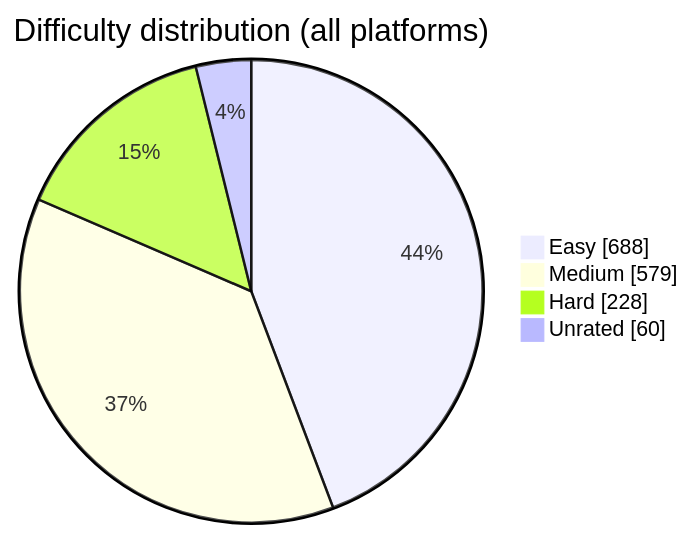
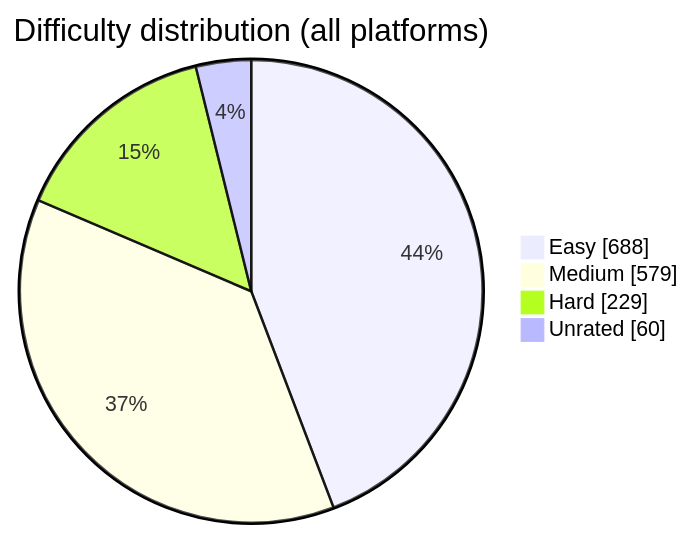
The diagram in README.md (BuildbyArindam/Daily-Coding-Log), drawn with Mermaid before and after one commit. The commit also changed other lines of this file, not shown here.

````diff
--- a/README.md
+++ b/README.md
@@ -93,7 +93,7 @@
 ```mermaid
 pie showData title Difficulty distribution (all platforms)
     "Easy" : 688
     "Medium" : 579
-    "Hard" : 228
+    "Hard" : 229
     "Unrated" : 60
 ```
````
